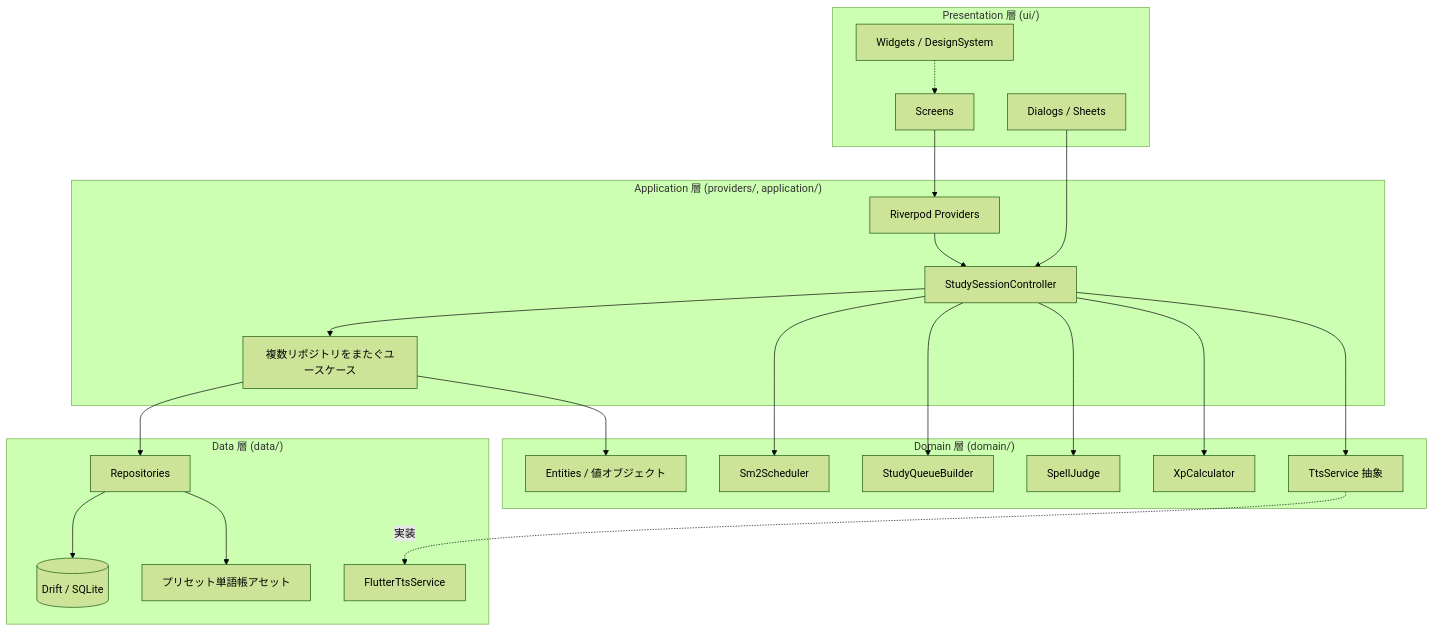
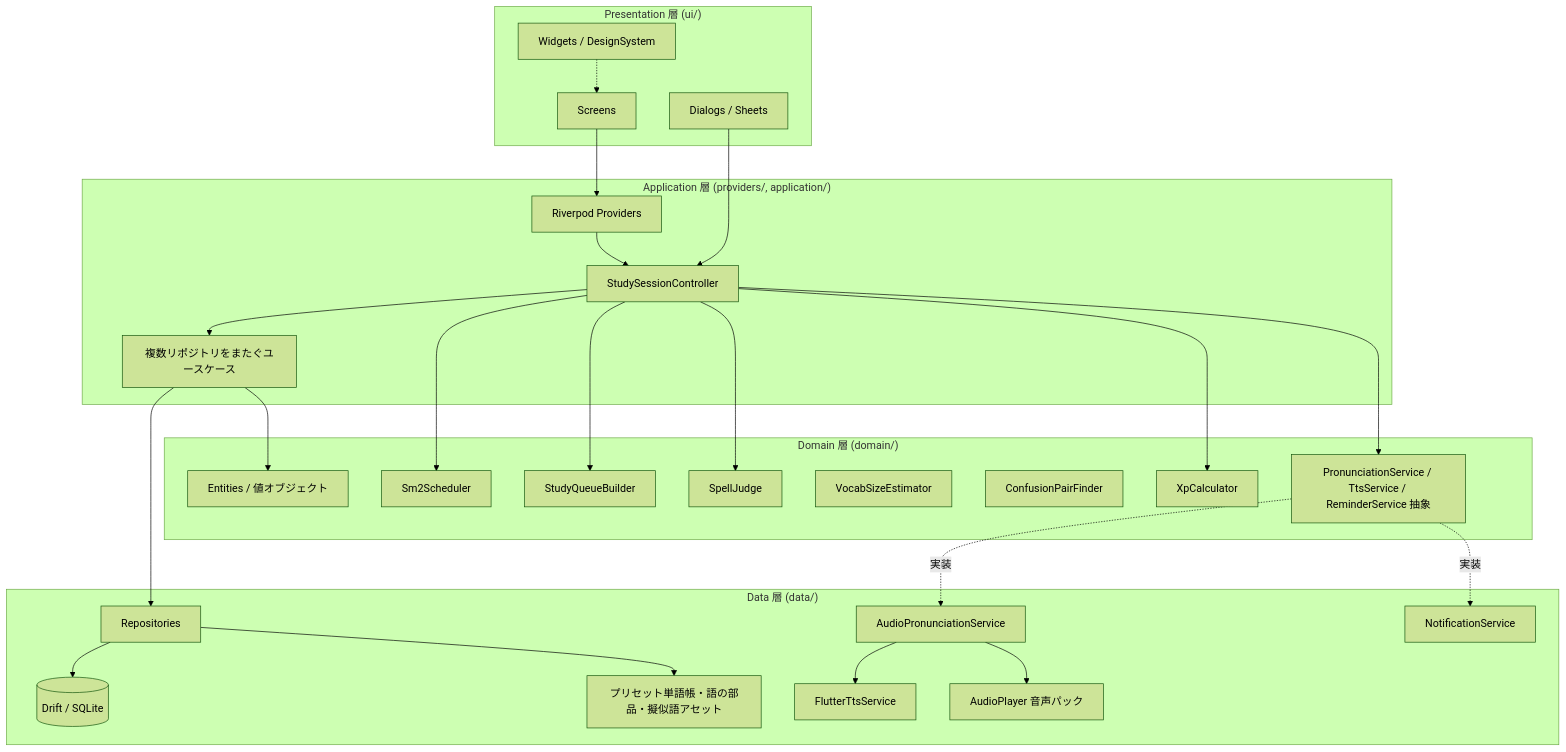
The first of 3 diagrams in Docs/02_architecture.md (t2k2pp/encello), drawn with Mermaid (forest theme) before and after one commit. The commit also changed other lines of this file and 29 other files, not shown here.

````diff
--- a/Docs/02_architecture.md
+++ b/Docs/02_architecture.md
@@ -5,39 +5,47 @@
 ```mermaid
 flowchart TD
   subgraph Presentation["Presentation 層 (ui/)"]
     SC[Screens]
     WG[Widgets / DesignSystem]
     DLG[Dialogs / Sheets]
   end
   subgraph App["Application 層 (providers/, application/)"]
     RP[Riverpod Providers]
     SESS[StudySessionController]
     UC[複数リポジトリをまたぐユースケース]
   end
   subgraph Domain["Domain 層 (domain/)"]
     SRS[Sm2Scheduler]
     QUEUE[StudyQueueBuilder]
     JUDGE[SpellJudge]
     XP[XpCalculator]
+    VSE[VocabSizeEstimator]
+    CPF[ConfusionPairFinder]
     ENT[Entities / 値オブジェクト]
-    ABS[TtsService 抽象]
+    ABS[PronunciationService / TtsService / ReminderService 抽象]
   end
   subgraph Data["Data 層 (data/)"]
     REPO[Repositories]
     DB[(Drift / SQLite)]
-    SEED[プリセット単語帳アセット]
+    SEED[プリセット単語帳・語の部品・擬似語アセット]
+    PRON[AudioPronunciationService]
     TTS[FlutterTtsService]
+    PLAY[AudioPlayer 音声パック]
+    NOTIF[NotificationService]
   end
   SC --> RP --> SESS --> UC --> REPO
   WG -.-> SC
   DLG --> SESS
   SESS --> SRS
   SESS --> QUEUE
   SESS --> JUDGE
   SESS --> XP
   UC --> ENT
   REPO --> DB
   REPO --> SEED
-  ABS -.実装.-> TTS
+  ABS -.実装.-> PRON
+  ABS -.実装.-> NOTIF
+  PRON --> TTS
+  PRON --> PLAY
   SESS --> ABS
 ```
````
